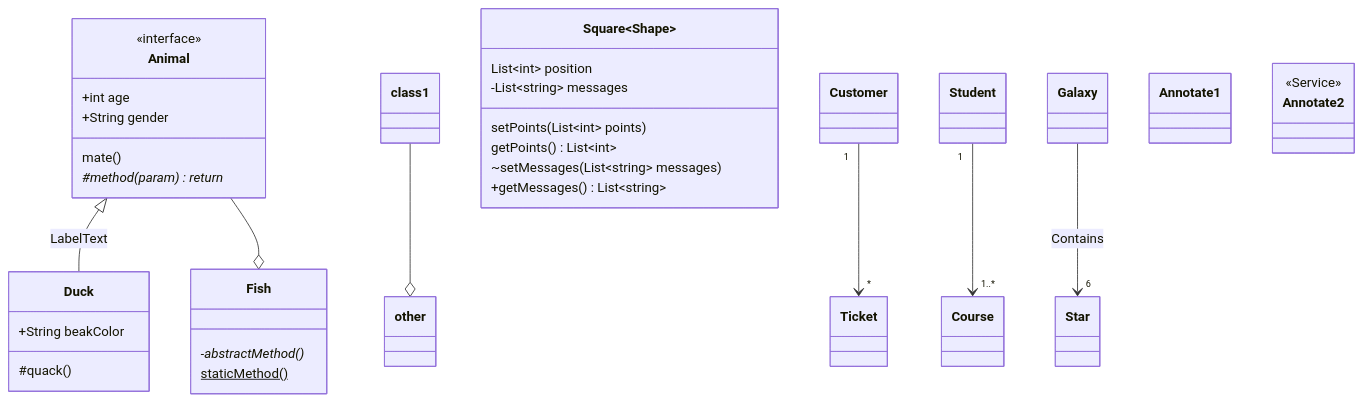
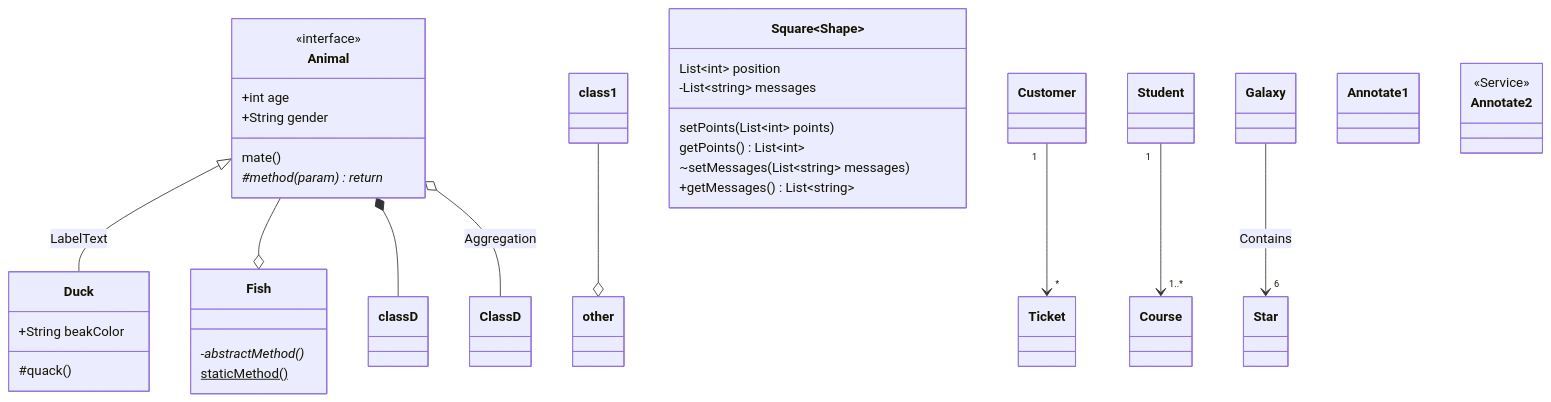
One commit to bpruitt-goddard/vscode-mermaid-syntax-highlight changed the fifth of 8 diagrams in README.md. Above: the diagram before and after it, drawn with Mermaid. The commit also changed 1 other file, not shown here.

Commit message:
feat(classDiagram): add reversed arrows support

````diff
--- a/README.md
+++ b/README.md
@@ -189,41 +189,43 @@
 ```mermaid
 classDiagram
   Animal <|-- Duck : LabelText
   class1 --o other
   Animal --o Fish
+  Animal *-- classD
+  Animal o-- ClassD : Aggregation
   Animal : +int age
   Animal : +String gender
   Animal: mate()
   Animal : #method(param)* return
   class Duck{
       %% Class Members
       +String beakColor
       #quack()
   }
   class Fish{
       -abstractMethod()*
       staticMethod()$
   }
   %% Class member generics
   class Square~Shape~{
       List~int~ position
       setPoints(List~int~ points)
       getPoints() List~int~
   }
   Square : -List~string~ messages
   Square : ~setMessages(List~string~ messages)
   Square : +getMessages() List~string~
 
   %% Multiplicity relations
   Customer "1" --> "*" Ticket
   Student "1" --> "1..*" Course
   Galaxy --> "6" Star : Contains
 
   %% Annotations
   class Annotate1
   <<interface>> Animal
 
   class Annotate2{
     <<Service>>
   }
 ```
````
